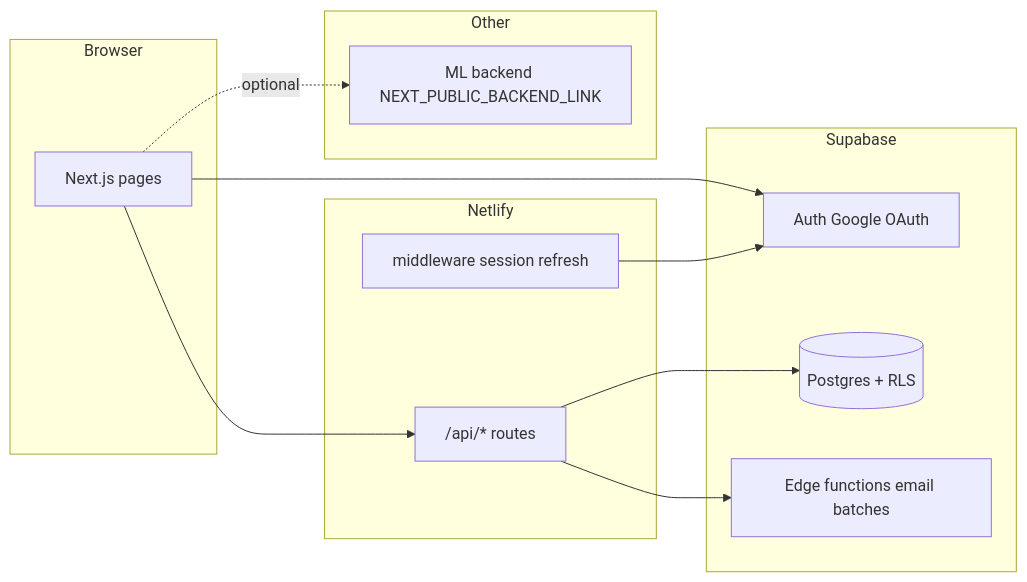
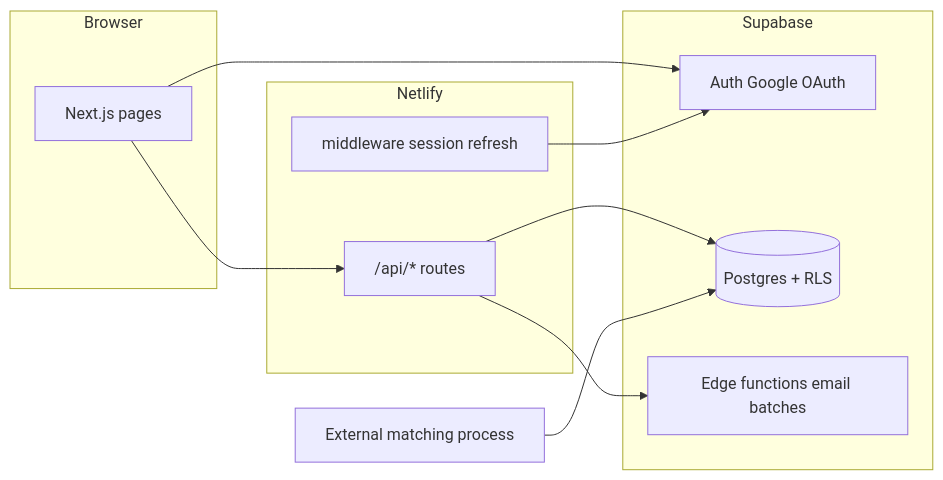
One commit to p-ickup/frontend changed the diagram in documentation/PLATFORM_OVERVIEW.md. Above: the diagram before and after it, drawn with Mermaid. The commit also changed other lines of this file and 74 other files, not shown here.

````diff
--- a/documentation/PLATFORM_OVERVIEW.md
+++ b/documentation/PLATFORM_OVERVIEW.md
@@ -7,24 +7,22 @@
 ```mermaid
 flowchart LR
   subgraph browser [Browser]
     UI[Next.js pages]
   end
   subgraph netlify [Netlify]
     API["/api/* routes"]
     MW[middleware session refresh]
   end
   subgraph supabase [Supabase]
     Auth[Auth Google OAuth]
     DB[(Postgres + RLS)]
     Edge[Edge functions email batches]
   end
-  subgraph other [Other]
-    ML["ML backend NEXT_PUBLIC_BACKEND_LINK"]
-  end
+  Matching[External matching process]
   UI --> API
   UI --> Auth
   API --> DB
   API --> Edge
   MW --> Auth
-  UI -. optional .-> ML
+  Matching --> DB
 ```
````
